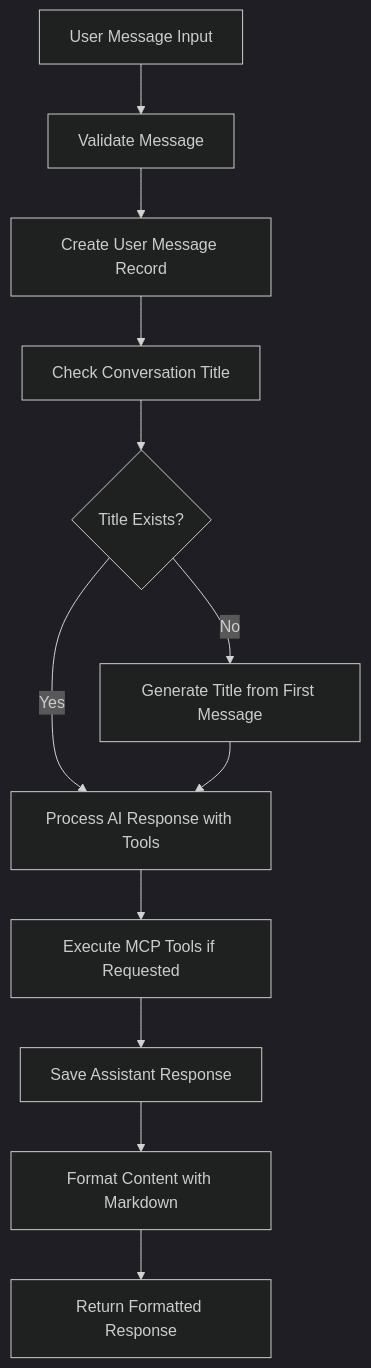
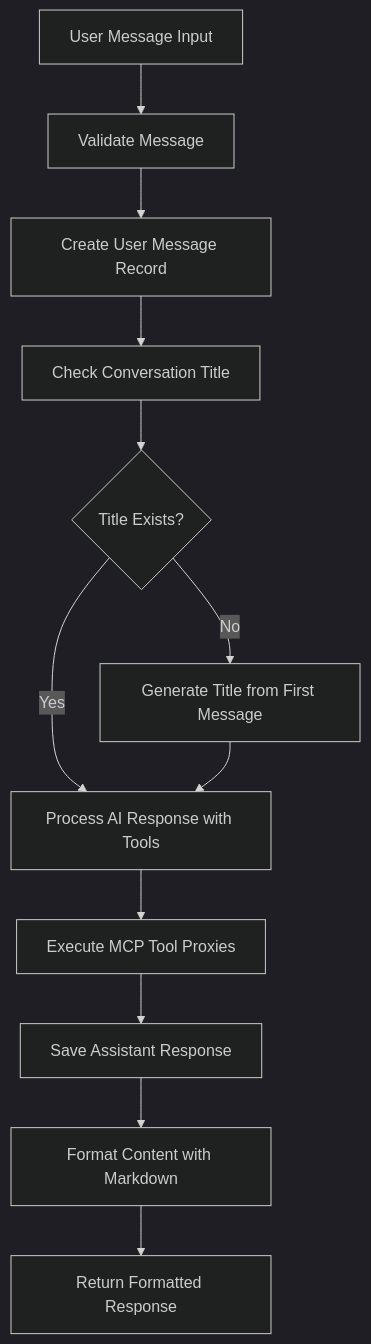
Diagram 13 of 20 in .qoder/repowiki/en/content/AI Integration System/Agent System/DevBot AI Agent System.md (siimliimand/laravel-assistant), drawn with Mermaid (dark theme) before and after one commit. The commit also changed other lines of this file and 7 other files, not shown here.

First line of the commit message:
feat(mcp-client): integrate MCP protocol client service for DevBot AI agent tools

````diff
--- a/.qoder/repowiki/en/content/AI Integration System/Agent System/DevBot AI Agent System.md
+++ b/.qoder/repowiki/en/content/AI Integration System/Agent System/DevBot AI Agent System.md
@@ -413,14 +549,14 @@
 ```mermaid
 flowchart TD
 UserMessage["User Message Input"] --> Validate["Validate Message"]
 Validate --> CreateMessage["Create User Message Record"]
 CreateMessage --> CheckTitle["Check Conversation Title"]
 CheckTitle --> TitleExists{"Title Exists?"}
 TitleExists --> |No| GenerateTitle["Generate Title from First Message"]
 TitleExists --> |Yes| ProcessAI["Process AI Response with Tools"]
 GenerateTitle --> ProcessAI
-ProcessAI --> ExecuteTools["Execute MCP Tools if Requested"]
+ProcessAI --> ExecuteTools["Execute MCP Tool Proxies"]
 ExecuteTools --> SaveAssistant["Save Assistant Response"]
 SaveAssistant --> FormatContent["Format Content with Markdown"]
 FormatContent --> ReturnResponse["Return Formatted Response"]
 ```
````
